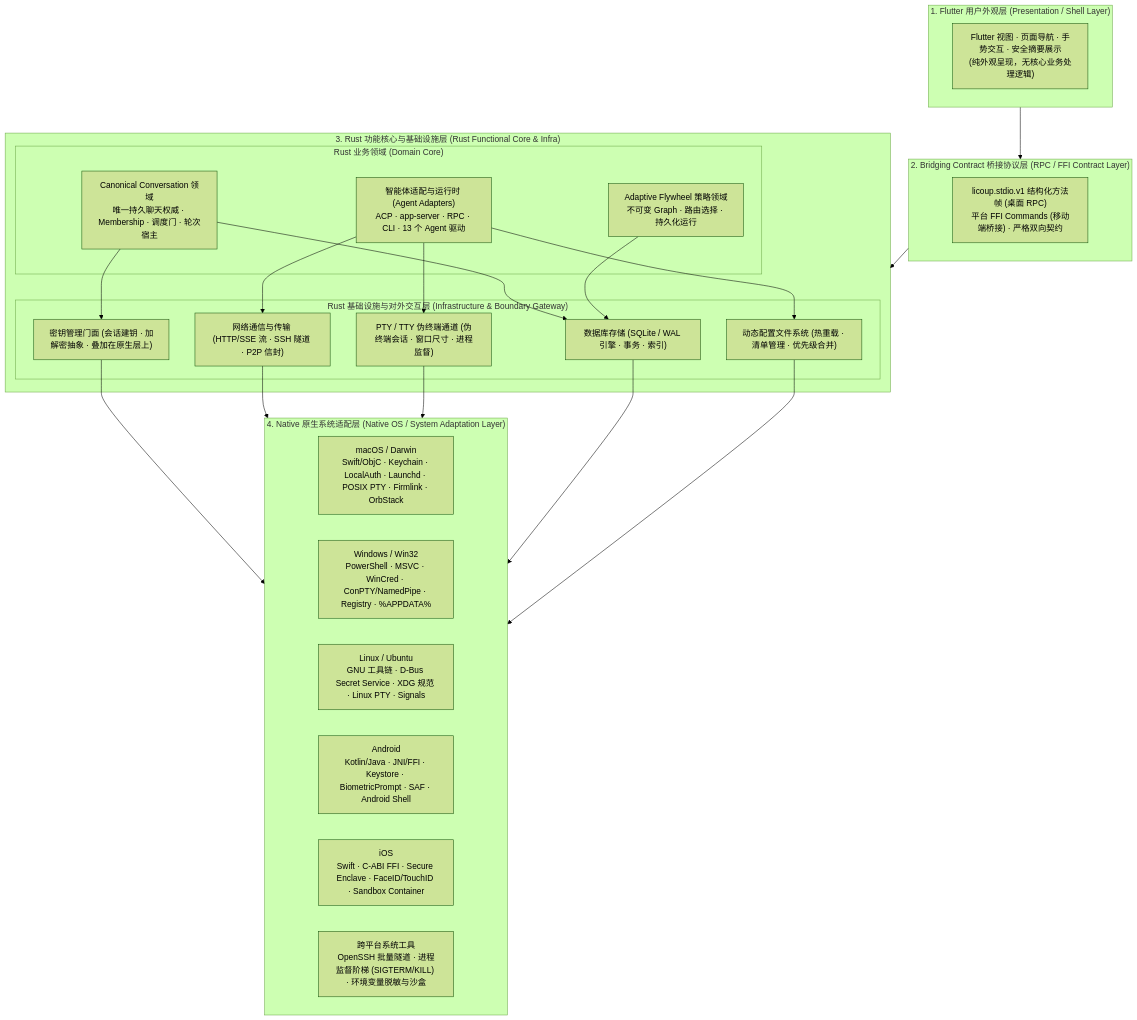
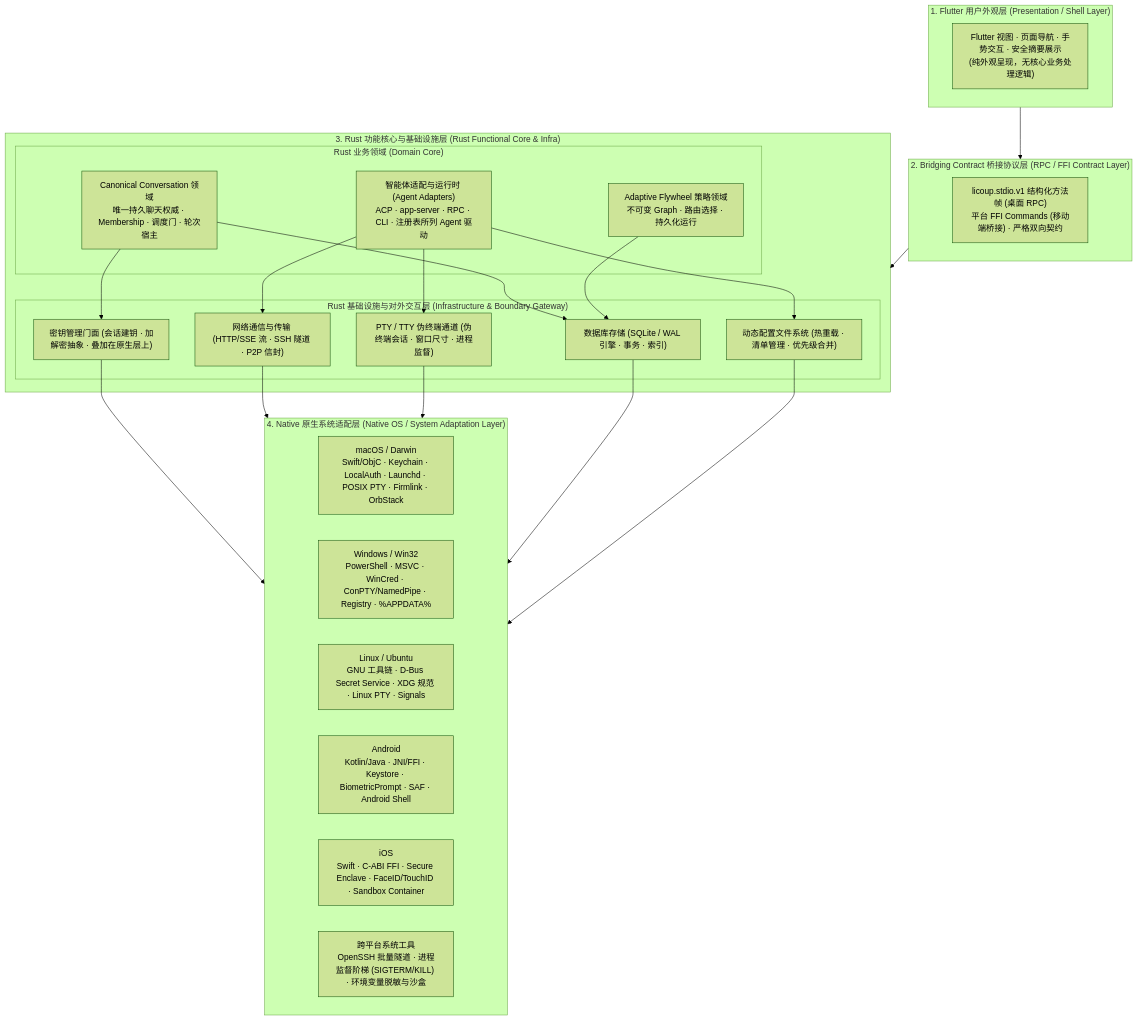
The diagram in docs/architecture/README.zh-CN.md (LicoLand/LicoUp), drawn with Mermaid (forest theme) before and after one commit. The commit also changed other lines of this file and 40 other files, not shown here.

````diff
--- a/docs/architecture/README.zh-CN.md
+++ b/docs/architecture/README.zh-CN.md
@@ -50,50 +50,50 @@
 ```mermaid
 flowchart TB
     subgraph LAYER1["1. Flutter 用户外观层 (Presentation / Shell Layer)"]
         UI["Flutter 视图 · 页面导航 · 手势交互 · 安全摘要展示<br/>(纯外观呈现，无核心业务处理逻辑)"]
     end
 
     subgraph LAYER2["2. Bridging Contract 桥接协议层 (RPC / FFI Contract Layer)"]
         BRIDGE["licoup.stdio.v1 结构化方法帧 (桌面 RPC)<br/>平台 FFI Commands (移动端桥接) · 严格双向契约"]
     end
 
     subgraph LAYER3["3. Rust 功能核心与基础设施层 (Rust Functional Core & Infra)"]
         subgraph DOMAIN_BOX["Rust 业务领域 (Domain Core)"]
             CONVERSATIONS["Canonical Conversation 领域<br/>唯一持久聊天权威 · Membership · 调度门 · 轮次宿主"]
             STRATEGIES["Adaptive Flywheel 策略领域<br/>不可变 Graph · 路由选择 · 持久化运行"]
-            AGENTS["智能体适配与运行时 (Agent Adapters)<br/>ACP · app-server · RPC · CLI · 13 个 Agent 驱动"]
+            AGENTS["智能体适配与运行时 (Agent Adapters)<br/>ACP · app-server · RPC · CLI · 注册表所列 Agent 驱动"]
         end
 
         subgraph INFRA_BOX["Rust 基础设施与对外交互层 (Infrastructure & Boundary Gateway)"]
             DB_STORAGE["数据库存储 (SQLite / WAL 引擎 · 事务 · 索引)"]
             DYNAMIC_CONFIG["动态配置文件系统 (热重载 · 清单管理 · 优先级合并)"]
             SECRET_CUSTODY["密钥管理门面 (会话建钥 · 加解密抽象 · 叠加在原生层上)"]
             NET_TRANSPORT["网络通信与传输 (HTTP/SSE 流 · SSH 隧道 · P2P 信封)"]
             PTY_TRANSPORT["PTY / TTY 伪终端通道 (伪终端会话 · 窗口尺寸 · 进程监督)"]
         end
 
         CONVERSATIONS --> DB_STORAGE
         STRATEGIES --> DB_STORAGE
         AGENTS --> NET_TRANSPORT
         AGENTS --> PTY_TRANSPORT
         CONVERSATIONS --> SECRET_CUSTODY
         AGENTS --> DYNAMIC_CONFIG
     end
 
     subgraph LAYER4["4. Native 原生系统适配层 (Native OS / System Adaptation Layer)"]
         MACOS["macOS / Darwin<br/>Swift/ObjC · Keychain · LocalAuth · Launchd · POSIX PTY · Firmlink · OrbStack"]
         WINDOWS["Windows / Win32<br/>PowerShell · MSVC · WinCred · ConPTY/NamedPipe · Registry · %APPDATA%"]
         LINUX["Linux / Ubuntu<br/>GNU 工具链 · D-Bus Secret Service · XDG 规范 · Linux PTY · Signals"]
         ANDROID["Android<br/>Kotlin/Java · JNI/FFI · Keystore · BiometricPrompt · SAF · Android Shell"]
         IOS["iOS<br/>Swift · C-ABI FFI · Secure Enclave · FaceID/TouchID · Sandbox Container"]
         COMMON_OS["跨平台系统工具<br/>OpenSSH 批量隧道 · 进程监督阶梯 (SIGTERM/KILL) · 环境变量脱敏与沙盒"]
     end
 
     LAYER1 --> LAYER2
     LAYER2 --> LAYER3
     SECRET_CUSTODY --> LAYER4
     NET_TRANSPORT --> LAYER4
     PTY_TRANSPORT --> LAYER4
     DB_STORAGE --> LAYER4
     DYNAMIC_CONFIG --> LAYER4
 ```
````
